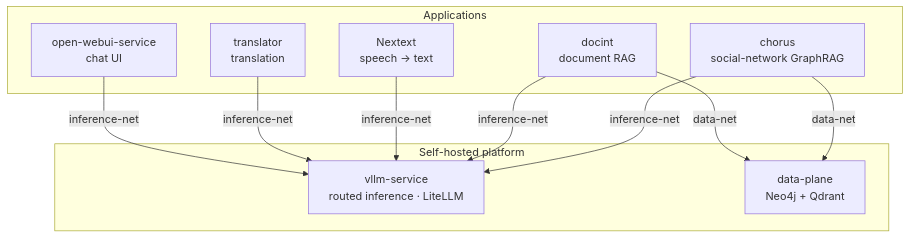
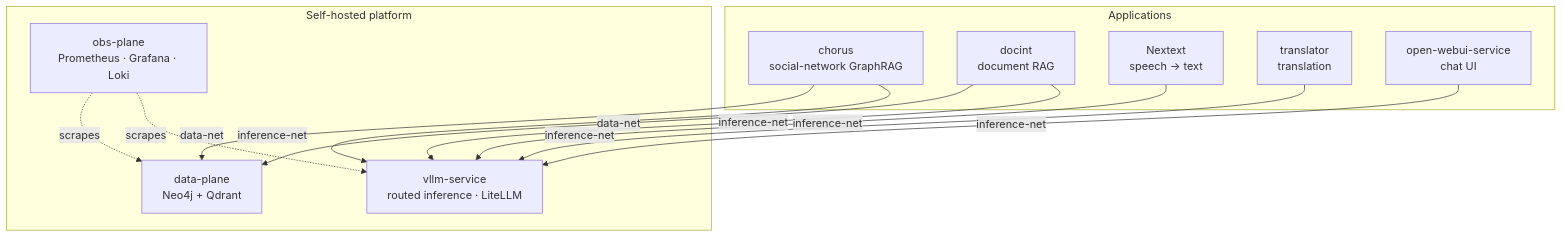
The diagram in profile/README.md (nos-tromo/.github), drawn with Mermaid before and after one commit. The commit also changed other lines of this file, not shown here.

Commit message:
docs: obs-plane in profile — platform table, diagram, deploy tier order (#35)

````diff
--- a/profile/README.md
+++ b/profile/README.md
@@ -9,24 +9,28 @@
 ```mermaid
 flowchart TB
   subgraph Apps["Applications"]
     chorus["chorus<br/>social-network GraphRAG"]
     docint["docint<br/>document RAG"]
     nextext["Nextext<br/>speech → text"]
     translator["translator<br/>translation"]
     webui["open-webui-service<br/>chat UI"]
   end
 
   subgraph Platform["Self-hosted platform"]
     vllm["vllm-service<br/>routed inference · LiteLLM"]
     data["data-plane<br/>Neo4j + Qdrant"]
+    obs["obs-plane<br/>Prometheus · Grafana · Loki"]
   end
 
   chorus -->|inference-net| vllm
   docint -->|inference-net| vllm
   nextext -->|inference-net| vllm
   translator -->|inference-net| vllm
   webui -->|inference-net| vllm
 
   chorus -->|data-net| data
   docint -->|data-net| data
+
+  obs -.->|scrapes| vllm
+  obs -.->|scrapes| data
 ```
````
